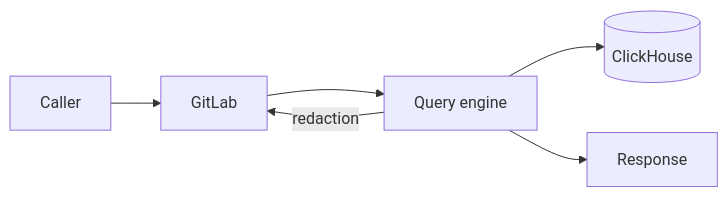
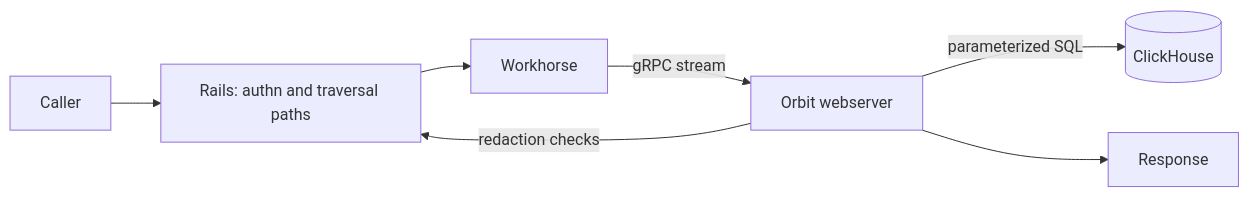
One commit to gitlabhq/orbit-knowledge-graph changed the first of 6 diagrams in docs/pages/engineering/architecture/querying.md. Above: the diagram before and after it, drawn with Mermaid. The commit also changed other lines of this file and 2 other files, not shown here.

Commit message:
docs(architecture): tighten the querying pages and add the engine walkthrough

````diff
--- a/docs/pages/engineering/architecture/querying.md
+++ b/docs/pages/engineering/architecture/querying.md
@@ -30,8 +28,9 @@
 ```mermaid
 flowchart LR
-    Caller --> GitLab
-    GitLab --> Engine[Query engine]
-    Engine --> CH[(ClickHouse)]
-    Engine -- redaction --> GitLab
-    Engine --> Response
+    Caller --> Rails[Rails: authn and traversal paths]
+    Rails --> Workhorse
+    Workhorse -- gRPC stream --> Webserver[Orbit webserver]
+    Webserver -- parameterized SQL --> CH[(ClickHouse)]
+    Webserver -- redaction checks --> Rails
+    Webserver --> Response
 ```
````
